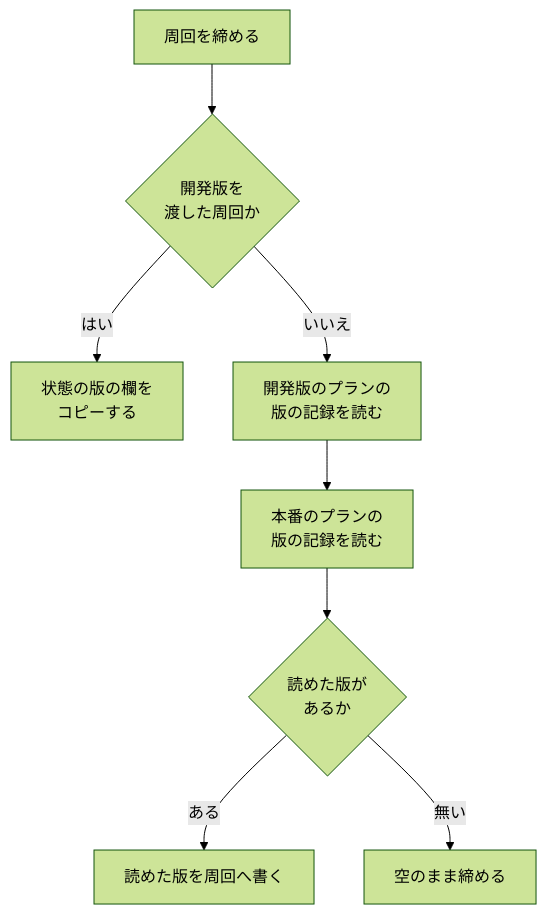
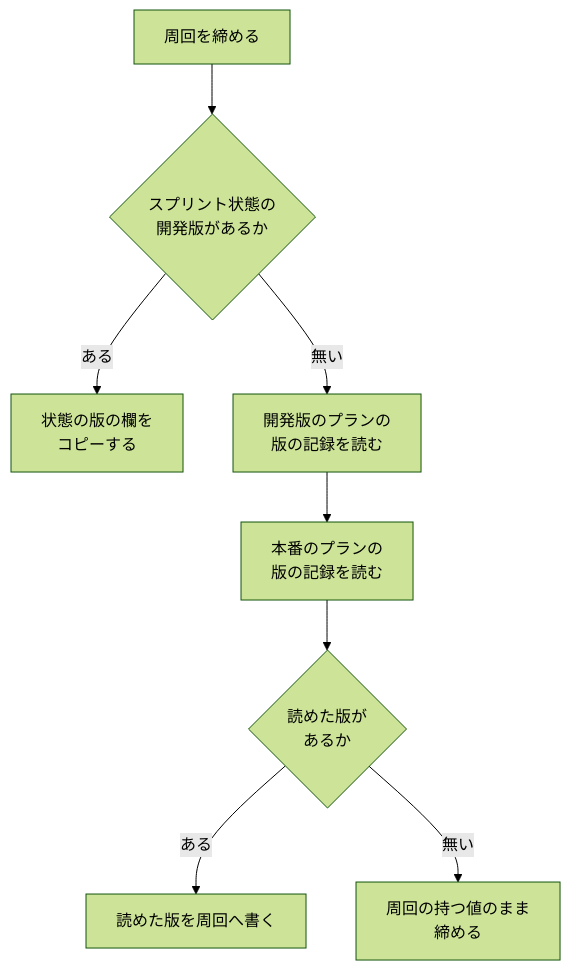
One commit to devbasex/ai-plugins changed the fifth of 5 diagrams in issues/issue-2354-design.md. Above: the diagram before and after it, drawn with Mermaid (forest theme). The commit also changed other lines of this file, not shown here.

````diff
--- a/issues/issue-2354-design.md
+++ b/issues/issue-2354-design.md
@@ -286,10 +296,10 @@
 ```mermaid
 graph TD
-    A[周回を締める] --> B{開発版を<br/>渡した周回か}
-    B -->|はい| C[状態の版の欄を<br/>コピーする]
-    B -->|いいえ| D[開発版のプランの<br/>版の記録を読む]
+    A[周回を締める] --> B{スプリント状態の<br/>開発版があるか}
+    B -->|ある| C[状態の版の欄を<br/>コピーする]
+    B -->|無い| D[開発版のプランの<br/>版の記録を読む]
     D --> E[本番のプランの<br/>版の記録を読む]
     E --> F{読めた版が<br/>あるか}
     F -->|ある| G[読めた版を周回へ書く]
-    F -->|無い| H[空のまま締める]
+    F -->|無い| H[周回の持つ値のまま<br/>締める]
 ```
````
